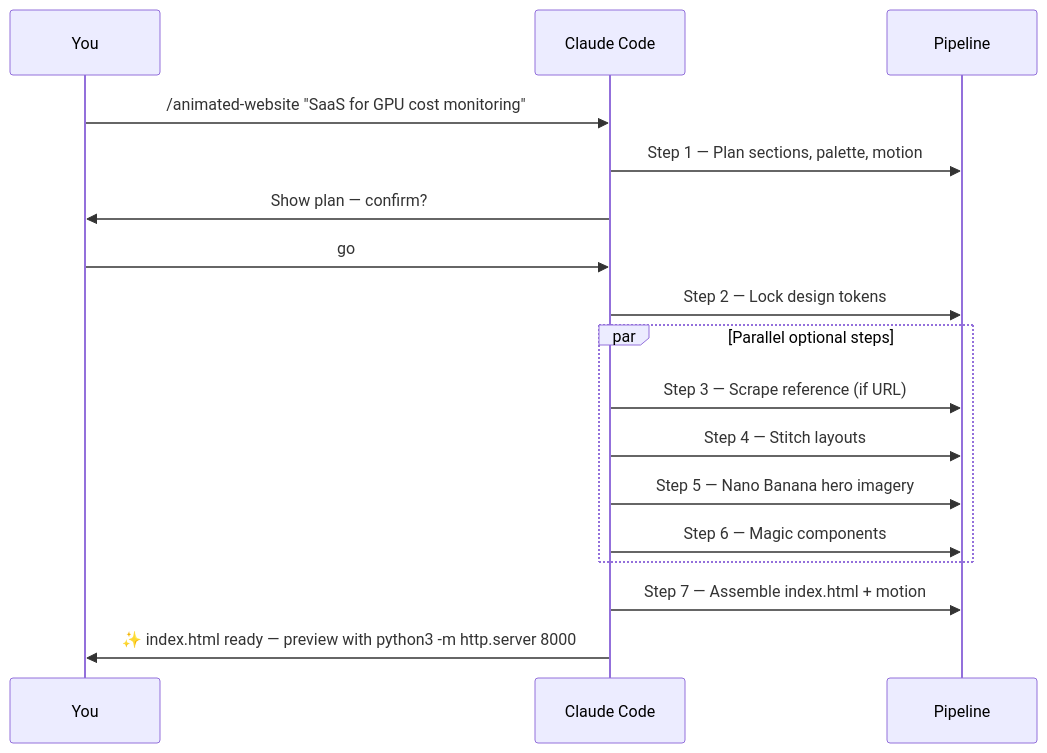
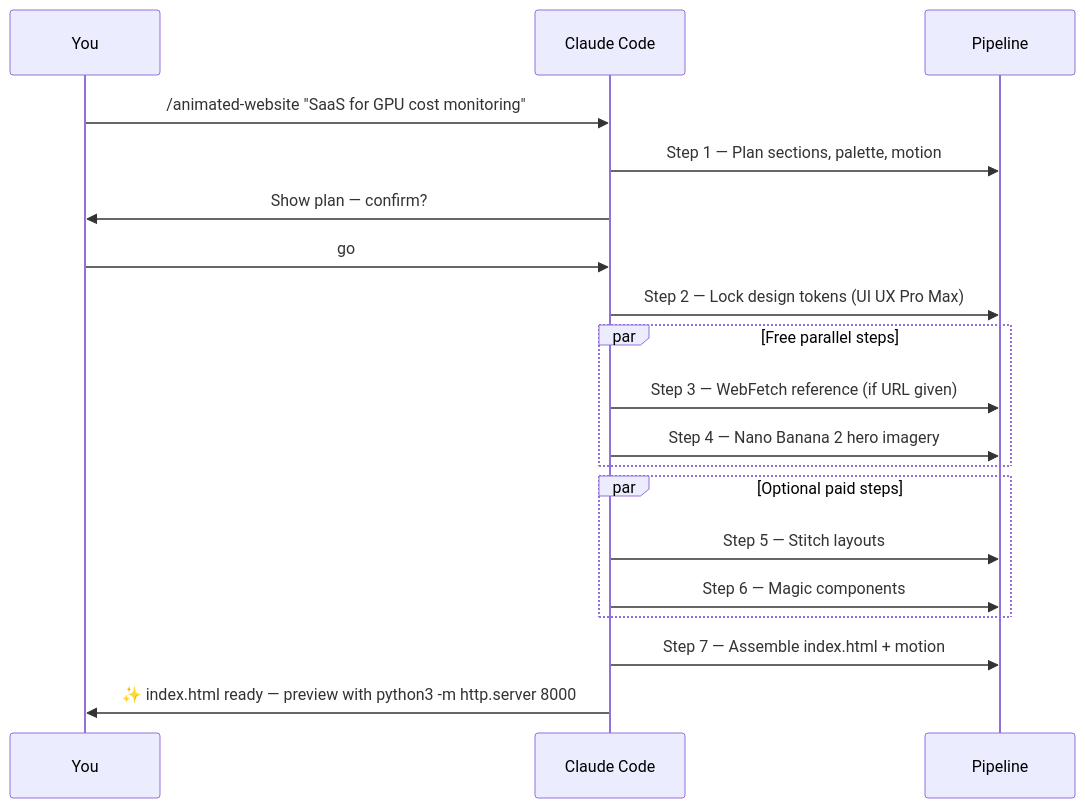
The second of 2 diagrams in README.md (ANIS151993/Animated-Website-skill), drawn with Mermaid before and after one commit. The commit also changed other lines of this file and 1 other file, not shown here.

````diff
--- a/README.md
+++ b/README.md
@@ -284,20 +207,22 @@
 ```mermaid
 sequenceDiagram
     participant U as You
     participant C as Claude Code
     participant P as Pipeline
 
     U->>C: /animated-website "SaaS for GPU cost monitoring"
     C->>P: Step 1 — Plan sections, palette, motion
     C->>U: Show plan — confirm?
     U->>C: go
-    C->>P: Step 2 — Lock design tokens
-    par Parallel optional steps
-        C->>P: Step 3 — Scrape reference (if URL)
-        C->>P: Step 4 — Stitch layouts
-        C->>P: Step 5 — Nano Banana hero imagery
+    C->>P: Step 2 — Lock design tokens (UI UX Pro Max)
+    par Free parallel steps
+        C->>P: Step 3 — WebFetch reference (if URL given)
+        C->>P: Step 4 — Nano Banana 2 hero imagery
+    end
+    par Optional paid steps
+        C->>P: Step 5 — Stitch layouts
         C->>P: Step 6 — Magic components
     end
     C->>P: Step 7 — Assemble index.html + motion
     C->>U: ✨ index.html ready — preview with python3 -m http.server 8000
 ```
````
